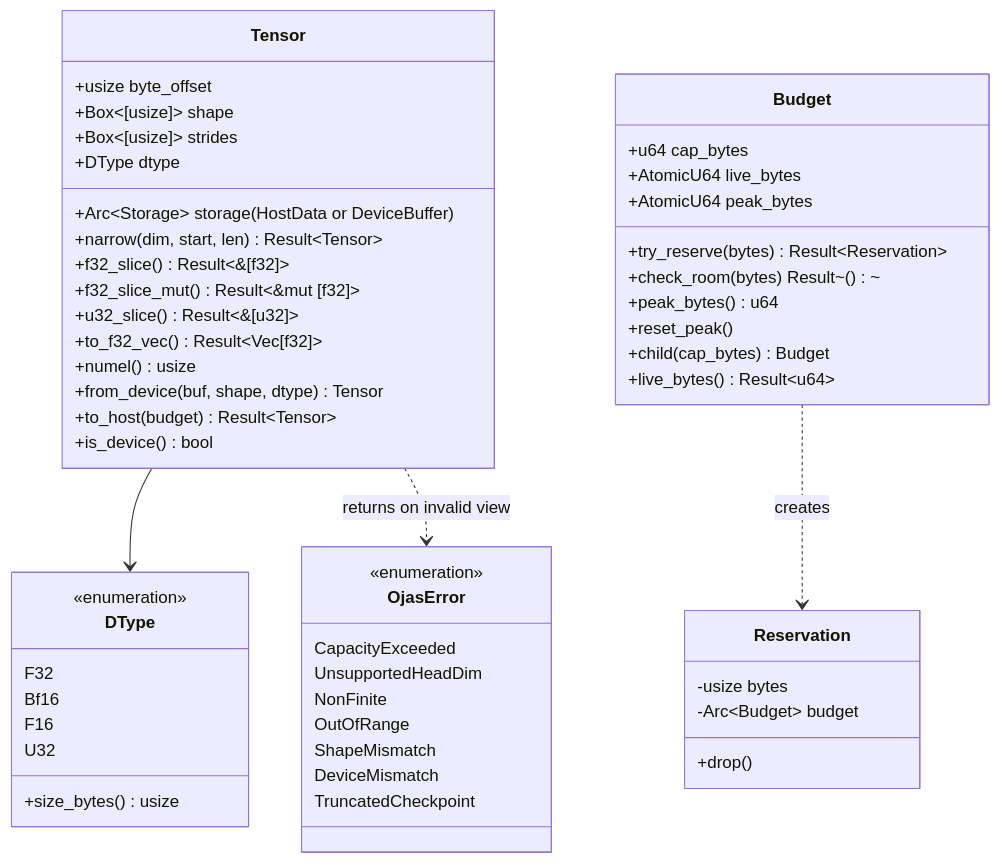
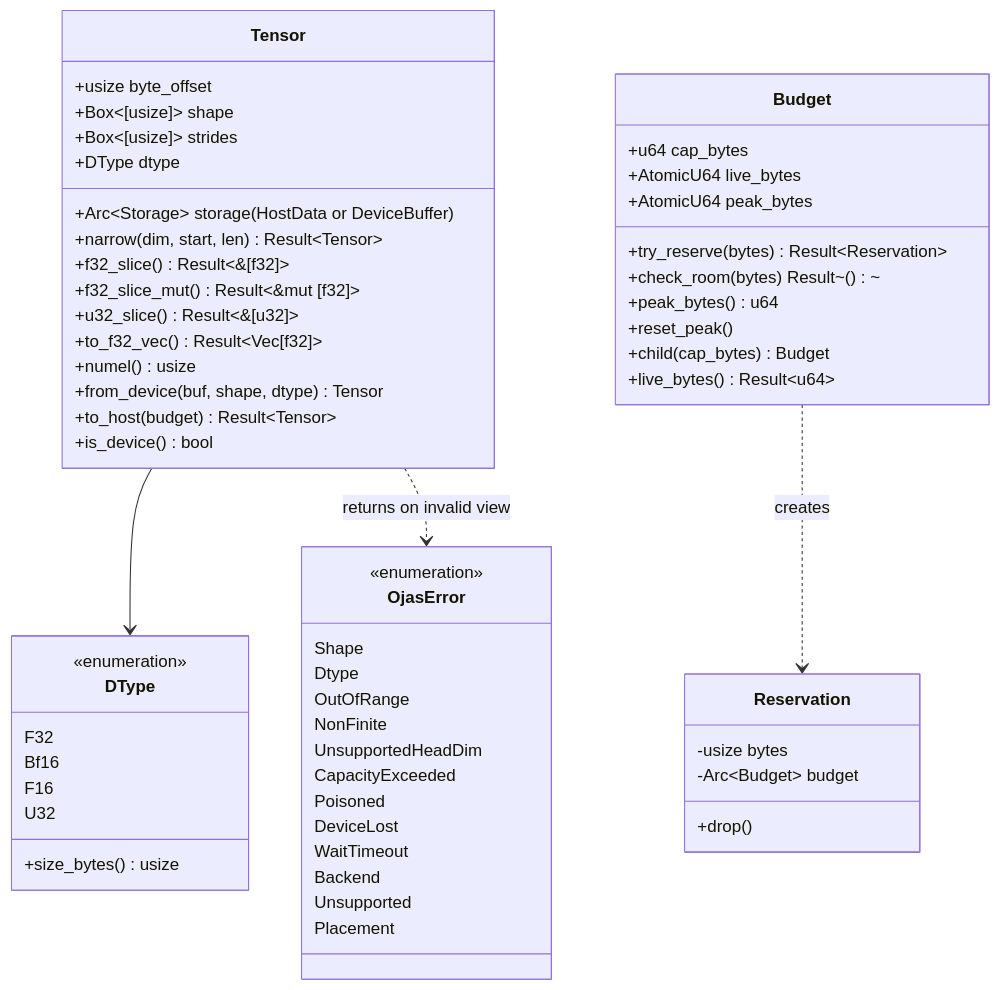
Before and after one commit to bharathvbcr/ojas: the first of 5 diagrams in ojas-core/README.md, drawn with Mermaid. The commit also changed 62 other files, not shown here.

Commit message:
docs: make docs match the code (ft-6ba746b4): per-method op coverage, model coverage, backend/head-dim/GQA/HAL corrections, checkpoint errors, FMA and f64 notes, CI history, status figures, regenerated site

````diff
--- a/ojas-core/README.md
+++ b/ojas-core/README.md
@@ -11,61 +11,66 @@
 ```mermaid
 classDiagram
     class Tensor {
         +Arc~Storage~ storage (HostData or DeviceBuffer)
         +usize byte_offset
         +Box~[usize]~ shape
         +Box~[usize]~ strides
         +DType dtype
         +narrow(dim, start, len) Result~Tensor~
         +f32_slice() Result~&[f32]~
         +f32_slice_mut() Result~&mut [f32]~
         +u32_slice() Result~&[u32]~
         +to_f32_vec() Result~Vec[f32]~
         +numel() usize
         +from_device(buf, shape, dtype) Tensor
         +to_host(budget) Result~Tensor~
         +is_device() bool
     }
 
     class Budget {
         +u64 cap_bytes
         +AtomicU64 live_bytes
         +AtomicU64 peak_bytes
         +try_reserve(bytes) Result~Reservation~
         +check_room(bytes) Result~()~
         +peak_bytes() u64
         +reset_peak()
         +child(cap_bytes) Budget
         +live_bytes() Result~u64~
     }
 
     class Reservation {
         -usize bytes
         -Arc~Budget~ budget
         +drop()
     }
 
     class DType {
         <<enumeration>>
         F32
         Bf16
         F16
         U32
         +size_bytes() usize
     }
 
     class OjasError {
         <<enumeration>>
+        Shape
+        Dtype
+        OutOfRange
+        NonFinite
+        UnsupportedHeadDim
         CapacityExceeded
-        UnsupportedHeadDim
-        NonFinite
-        OutOfRange
-        ShapeMismatch
-        DeviceMismatch
-        TruncatedCheckpoint
+        Poisoned
+        DeviceLost
+        WaitTimeout
+        Backend
+        Unsupported
+        Placement
     }
 
     Tensor --> DType
     Budget ..> Reservation : creates
     Tensor ..> OjasError : returns on invalid view
 ```
````
